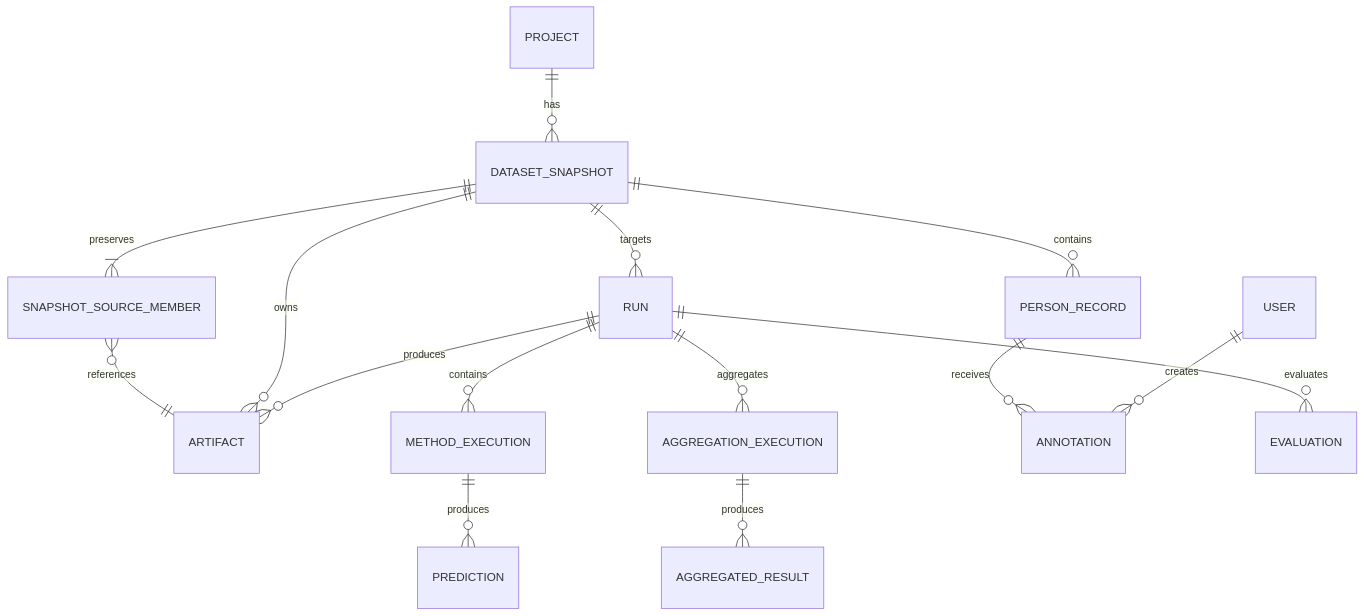
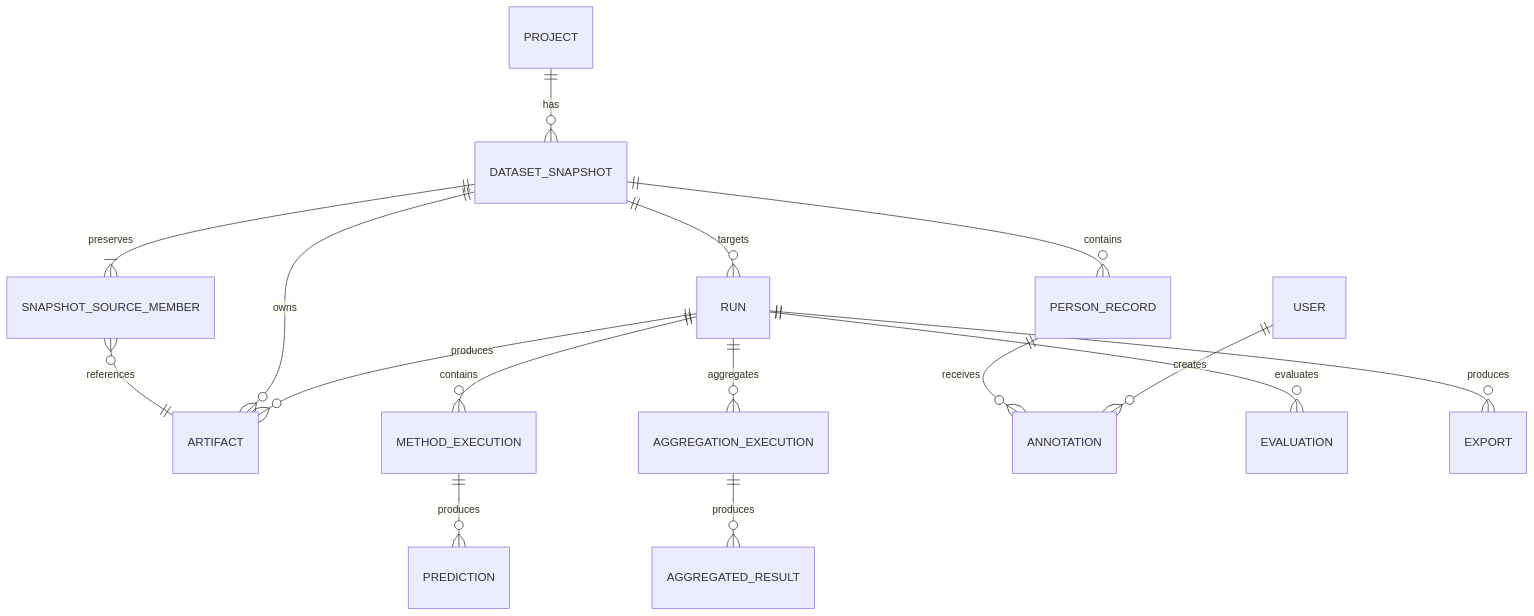
One commit to telota/gendertagger changed the diagram in docs/02-domain-model.md. Above: the diagram before and after it, drawn with Mermaid. The commit also changed other lines of this file and 75 other files, not shown here.

````diff
--- a/docs/02-domain-model.md
+++ b/docs/02-domain-model.md
@@ -27,17 +27,18 @@
 ```mermaid
 erDiagram
     PROJECT ||--o{ DATASET_SNAPSHOT : has
     DATASET_SNAPSHOT ||--|{ SNAPSHOT_SOURCE_MEMBER : preserves
     SNAPSHOT_SOURCE_MEMBER }o--|| ARTIFACT : references
     DATASET_SNAPSHOT ||--o{ PERSON_RECORD : contains
     DATASET_SNAPSHOT ||--o{ RUN : targets
     RUN ||--o{ METHOD_EXECUTION : contains
     METHOD_EXECUTION ||--o{ PREDICTION : produces
     RUN ||--o{ AGGREGATION_EXECUTION : aggregates
     AGGREGATION_EXECUTION ||--o{ AGGREGATED_RESULT : produces
     PERSON_RECORD ||--o{ ANNOTATION : receives
     USER ||--o{ ANNOTATION : creates
     RUN ||--o{ EVALUATION : evaluates
+    RUN ||--o{ EXPORT : produces
     DATASET_SNAPSHOT ||--o{ ARTIFACT : owns
     RUN ||--o{ ARTIFACT : produces
 ```
````
